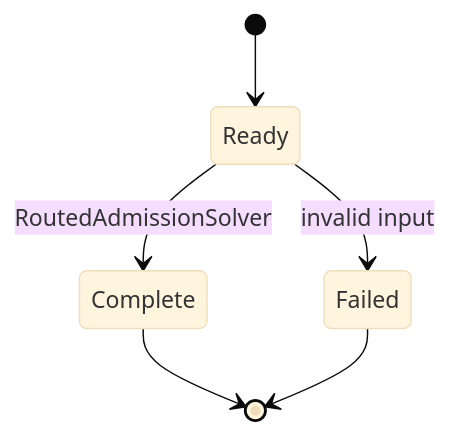
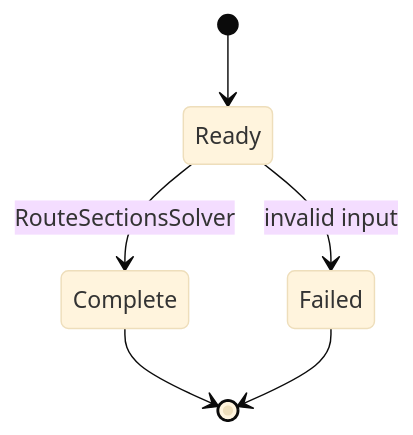
Before and after one commit to ShiboSoftwareDev/signal-integrity-pipeline: the second of 2 diagrams in docs/ARCHITECTURE.md, drawn with Mermaid (base theme). The commit also changed other lines of this file and 8 other files, not shown here.

First line of the commit message:
feat: add RouteSectionsSolver

````diff
--- a/docs/ARCHITECTURE.md
+++ b/docs/ARCHITECTURE.md
@@ -12,8 +13,8 @@
 ```mermaid
 stateDiagram-v2
   [*] --> Ready
-  Ready --> Complete: RoutedAdmissionSolver
+  Ready --> Complete: RouteSectionsSolver
   Ready --> Failed: invalid input
   Complete --> [*]
   Failed --> [*]
 ```
````
